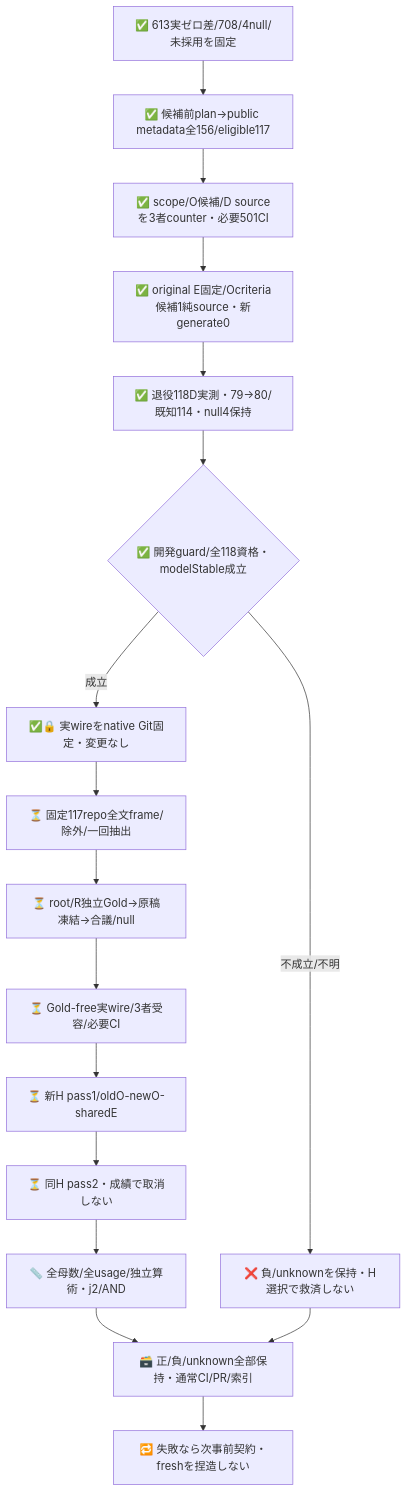
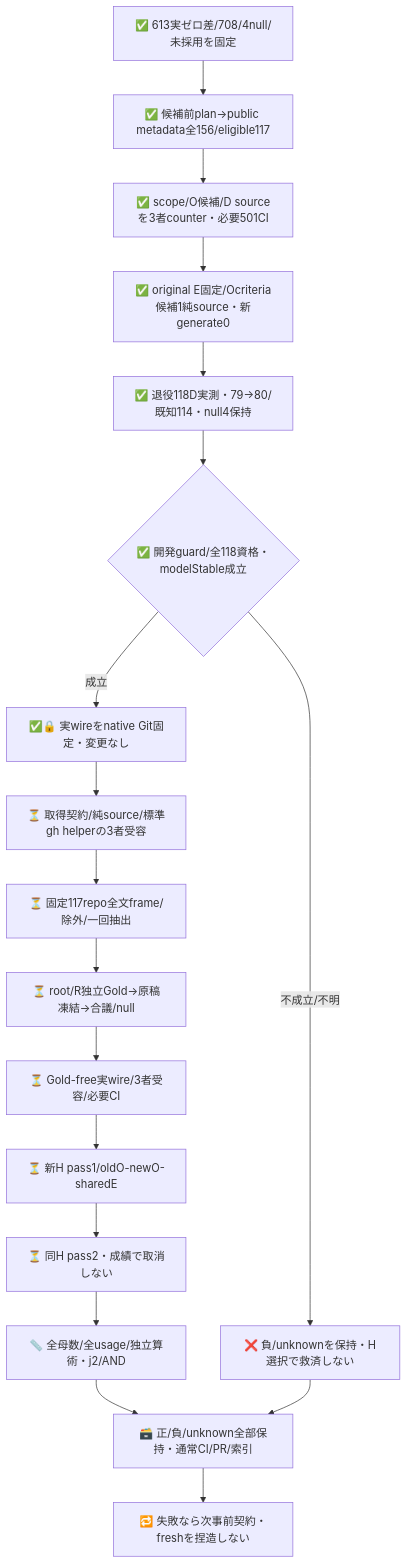
The second of 2 diagrams in experiments/sys1-eval-loop/observation/README.md (roccho-org/ops), drawn with Mermaid before and after one commit. The commit also changed other lines of this file and 3 other files, not shown here.

````diff
--- a/experiments/sys1-eval-loop/observation/README.md
+++ b/experiments/sys1-eval-loop/observation/README.md
@@ -79,19 +79,20 @@
 ```mermaid
 flowchart TB
   OLD["✅ 613実ゼロ差/708/4null/未採用を固定"] --> META["✅ 候補前plan→public metadata全156/eligible117"]
   META --> REVIEW["✅ scope/O候補/D sourceを3者counter・必要501CI"]
   REVIEW --> C["✅ original E固定/Ocriteria候補1純source・新generate0"]
   C --> D["✅ 退役118D実測・79→80/既知114・null4保持"]
   D --> DG{"✅ 開発guard/全118資格・modelStable成立"}
   DG -->|不成立/不明| NEG["❌ 負/unknownを保持・H選択で救済しない"]
   DG -->|成立| FREEZE["✅🔒 実wireをnative Git固定・変更なし"]
-  FREEZE --> FRAME["⏳ 固定117repo全文frame/除外/一回抽出"]
+  FREEZE --> CAP["⏳ 取得契約/純source/標準gh helperの3者受容"]
+  CAP --> FRAME["⏳ 固定117repo全文frame/除外/一回抽出"]
   FRAME --> GOLD["⏳ root/R独立Gold→原稿凍結→合議/null"]
   GOLD --> SOURCE["⏳ Gold-free実wire/3者受容/必要CI"]
   SOURCE --> P1["⏳ 新H pass1/oldO-newO-sharedE"]
   P1 --> P2["⏳ 同H pass2・成績で取消しない"]
   P2 --> SCORE["📏 全母数/全usage/独立算術・j2/AND"]
   SCORE --> END["🗃️ 正/負/unknown全部保持・通常CI/PR/索引"]
   NEG --> END
   END --> NEXT["🔁 失敗なら次事前契約・freshを捏造しない"]
 ```
````
